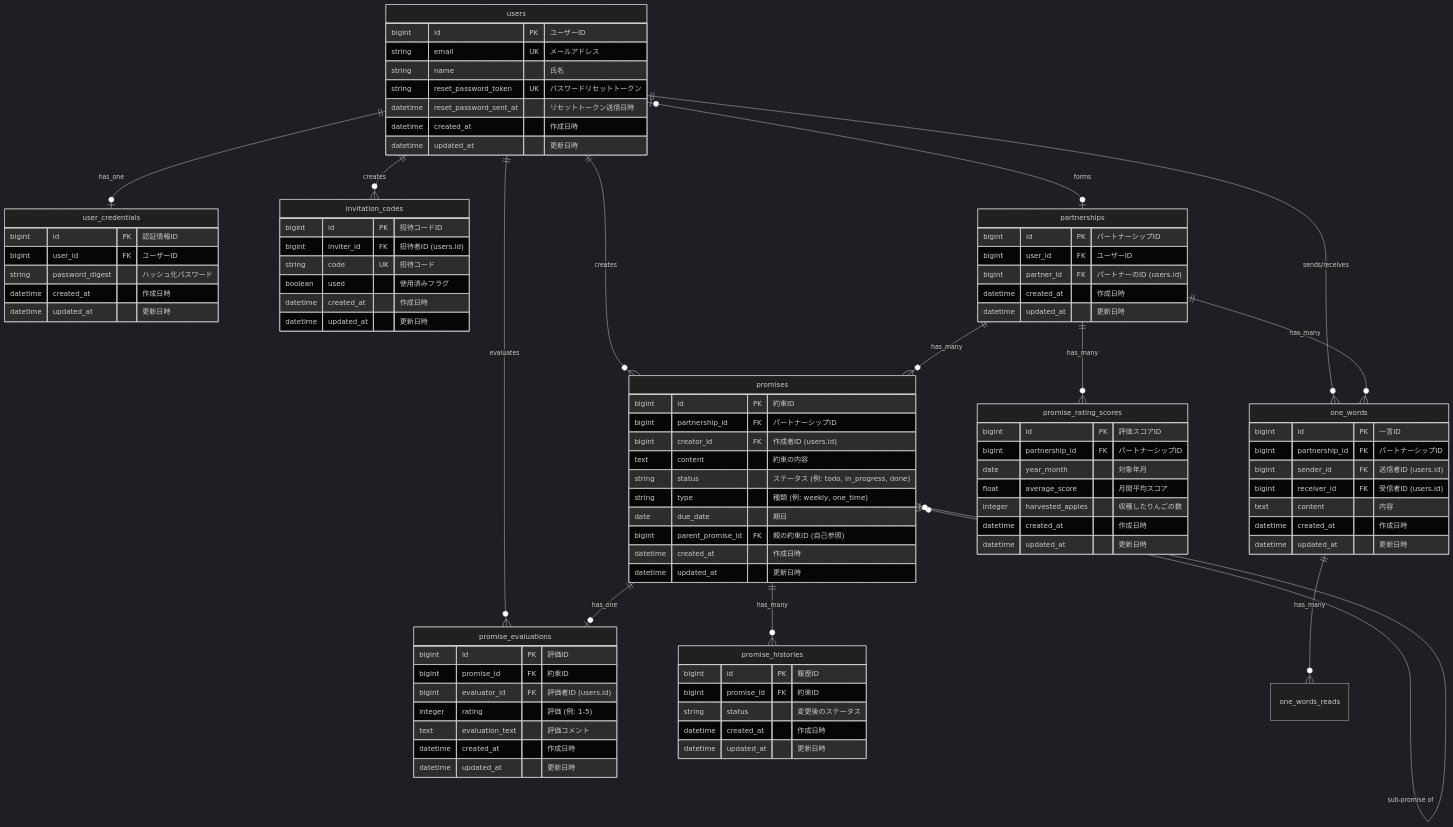
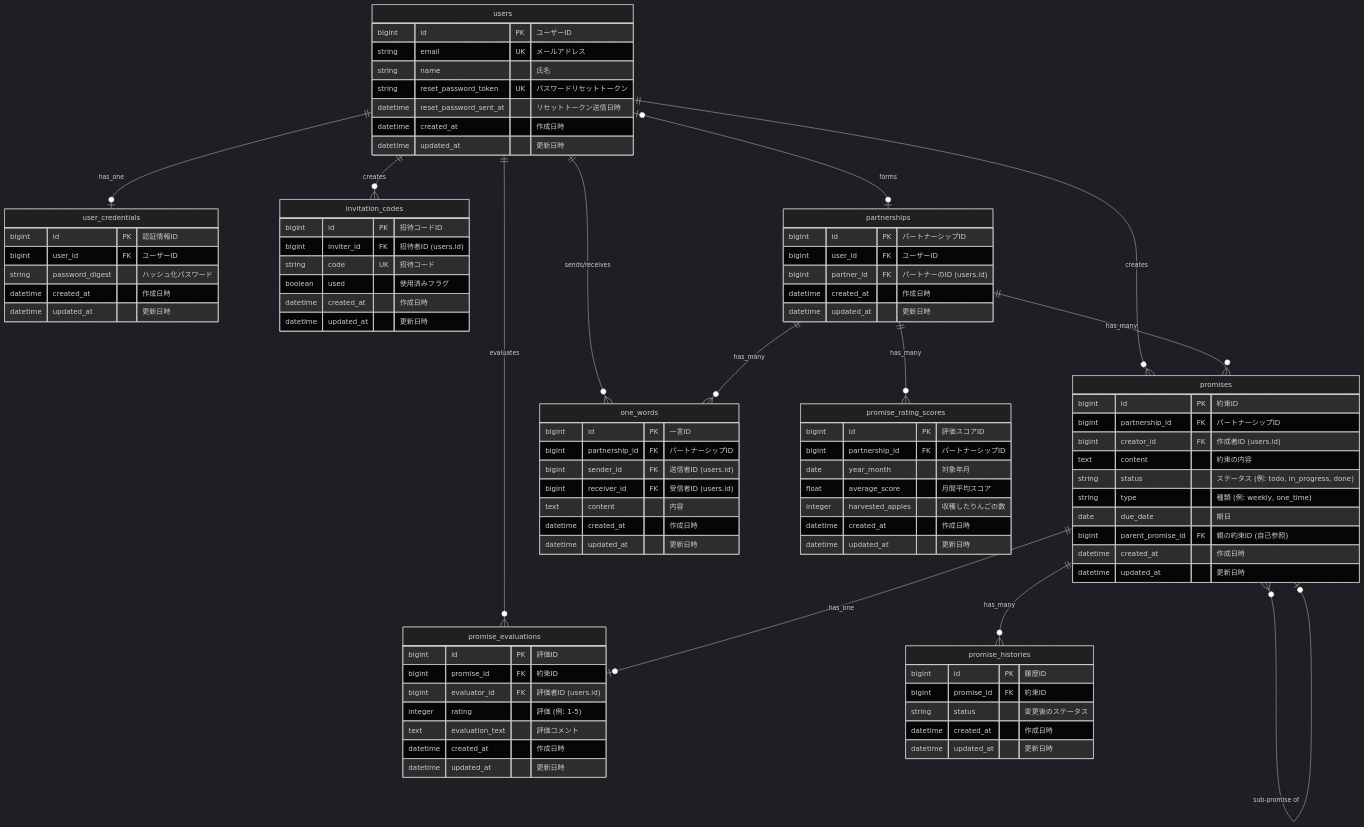
The diagram in README.md (compile425/yubikirigennmann), drawn with Mermaid (dark theme) before and after one commit.

```diff
--- a/README.md
+++ b/README.md
@@ -65,8 +65,6 @@
     promises ||--o| promise_evaluations : "has_one"
     promises ||--o{ promise_histories : "has_many"
     promises }o--o| promises : "sub-promise of"
-    
-    one_words ||--o{ one_words_reads : "has_many"
 
     users {
         bigint id PK "ユーザーID"
```
